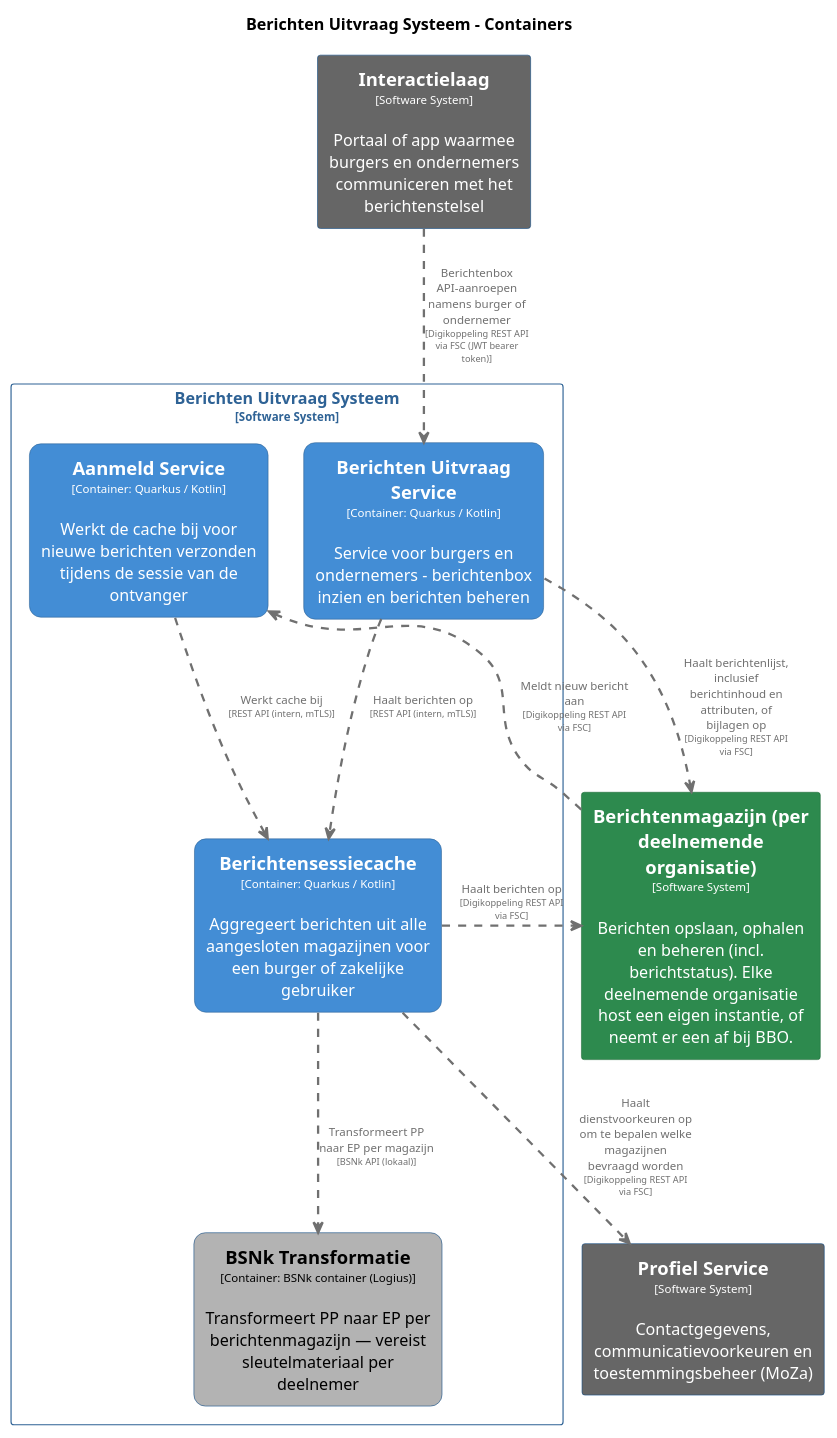
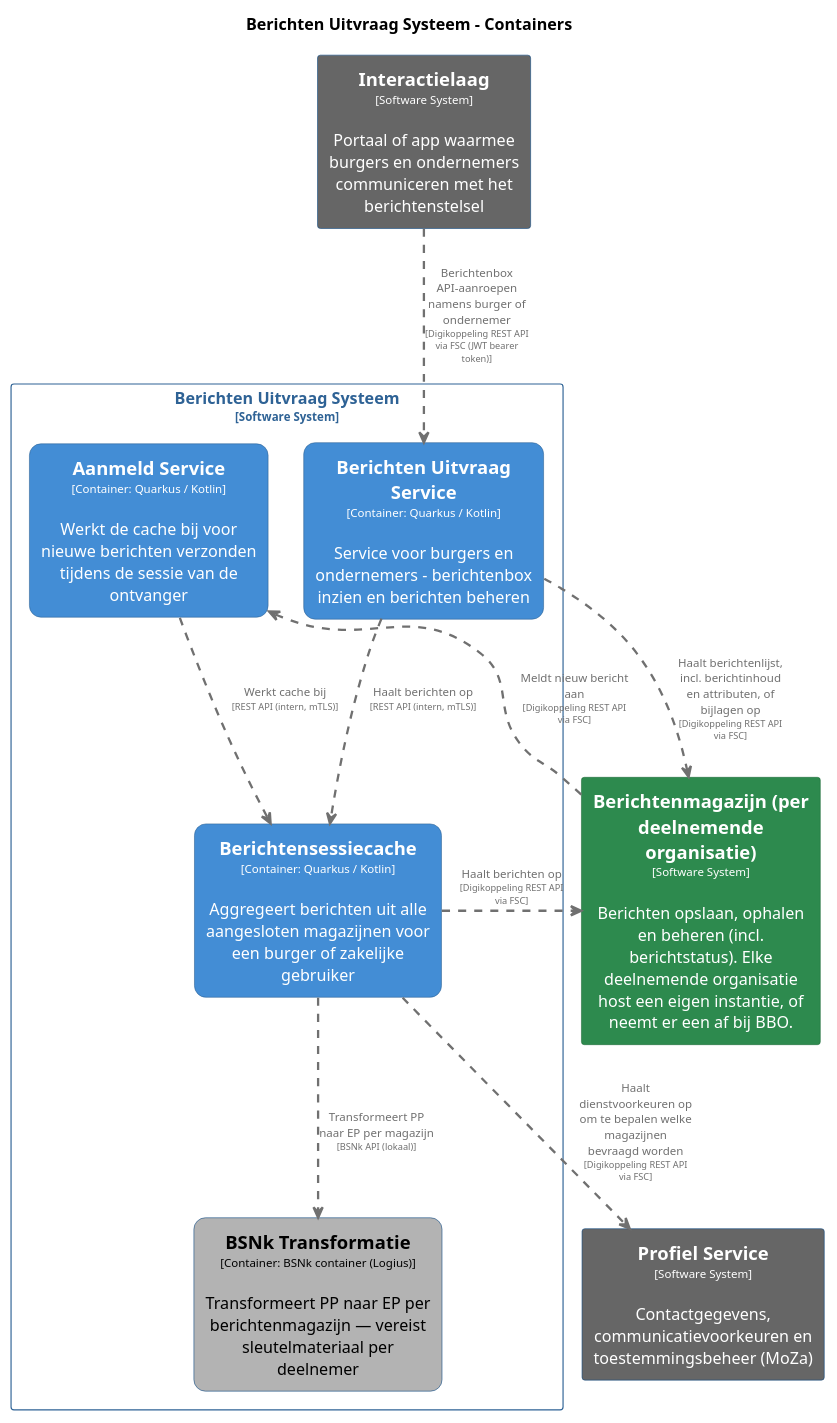
Before and after one commit to MinBZK/moza-poc-fbs-berichtenbox: the diagram in pr-preview/pr-29/master/puml/BerichtenUitvraagSysteemContainers.puml, drawn with PlantUML. The commit also changed 36 other files, not shown here.

```diff
--- a/pr-preview/pr-29/master/puml/BerichtenUitvraagSysteemContainers.puml
+++ b/pr-preview/pr-29/master/puml/BerichtenUitvraagSysteemContainers.puml
@@ -1,89 +1,89 @@
 @startuml
 set separator none
 title Berichten Uitvraag Systeem - Containers
 
 top to bottom direction
 skinparam ranksep 60
 skinparam nodesep 30
 
 skinparam {
   arrowFontSize 10
   defaultTextAlignment center
   wrapWidth 200
   maxMessageSize 100
 }
 
 hide stereotype
 
 skinparam rectangle<<BerichtenUitvraagSysteem.AanmeldService>> {
   BackgroundColor #438dd5
   FontColor #ffffff
   BorderColor #2e6295
   roundCorner 20
   shadowing false
 }
 skinparam rectangle<<BerichtenUitvraagSysteem.BSNkTransformatie>> {
   BackgroundColor #b3b3b3
   FontColor #000000
   BorderColor #0b4884
   roundCorner 20
   shadowing false
 }
 skinparam rectangle<<BerichtenUitvraagSysteem.BerichtenUitvraagService>> {
   BackgroundColor #438dd5
   FontColor #ffffff
   BorderColor #2e6295
   roundCorner 20
   shadowing false
 }
 skinparam rectangle<<Berichtenmagazijnperdeelnemendeorganisatie>> {
   BackgroundColor #2d8a4e
   FontColor #ffffff
   BorderColor #1e6b38
   shadowing false
 }
 skinparam rectangle<<BerichtenUitvraagSysteem.Berichtensessiecache>> {
   BackgroundColor #438dd5
   FontColor #ffffff
   BorderColor #2e6295
   roundCorner 20
   shadowing false
 }
 skinparam rectangle<<Interactielaag>> {
   BackgroundColor #666666
   FontColor #ffffff
   BorderColor #0b4884
   shadowing false
 }
 skinparam rectangle<<ProfielService>> {
   BackgroundColor #666666
   FontColor #ffffff
   BorderColor #0b4884
   shadowing false
 }
 skinparam rectangle<<BerichtenUitvraagSysteem>> {
   BorderColor #2e6295
   FontColor #2e6295
   shadowing false
 }
 
 rectangle "==Profiel Service\n<size:10>[Software System]</size>\n\nContactgegevens, communicatievoorkeuren en toestemmingsbeheer (MoZa)" <<ProfielService>> as ProfielService
 rectangle "==Interactielaag\n<size:10>[Software System]</size>\n\nPortaal of app waarmee burgers en ondernemers communiceren met het berichtenstelsel" <<Interactielaag>> as Interactielaag
 rectangle "==Berichtenmagazijn (per deelnemende organisatie)\n<size:10>[Software System]</size>\n\nBerichten opslaan, ophalen en beheren (incl. berichtstatus). Elke deelnemende organisatie host een eigen instantie, of neemt er een af bij BBO." <<Berichtenmagazijnperdeelnemendeorganisatie>> as Berichtenmagazijnperdeelnemendeorganisatie
 
 rectangle "Berichten Uitvraag Systeem\n<size:10>[Software System]</size>" <<BerichtenUitvraagSysteem>> {
   rectangle "==Berichtensessiecache\n<size:10>[Container: Quarkus / Kotlin]</size>\n\nAggregeert berichten uit alle aangesloten magazijnen voor een burger of zakelijke gebruiker" <<BerichtenUitvraagSysteem.Berichtensessiecache>> as BerichtenUitvraagSysteem.Berichtensessiecache
   rectangle "==Berichten Uitvraag Service\n<size:10>[Container: Quarkus / Kotlin]</size>\n\nService voor burgers en ondernemers - berichtenbox inzien en berichten beheren" <<BerichtenUitvraagSysteem.BerichtenUitvraagService>> as BerichtenUitvraagSysteem.BerichtenUitvraagService
   rectangle "==BSNk Transformatie\n<size:10>[Container: BSNk container (Logius)]</size>\n\nTransformeert PP naar EP per berichtenmagazijn — vereist sleutelmateriaal per deelnemer" <<BerichtenUitvraagSysteem.BSNkTransformatie>> as BerichtenUitvraagSysteem.BSNkTransformatie
   rectangle "==Aanmeld Service\n<size:10>[Container: Quarkus / Kotlin]</size>\n\nWerkt de cache bij voor nieuwe berichten verzonden tijdens de sessie van de ontvanger" <<BerichtenUitvraagSysteem.AanmeldService>> as BerichtenUitvraagSysteem.AanmeldService
 }
 
 Berichtenmagazijnperdeelnemendeorganisatie .[#707070,thickness=2].> BerichtenUitvraagSysteem.AanmeldService : "<color:#707070>Meldt nieuw bericht aan\n<color:#707070><size:8>[Digikoppeling REST API via FSC]</size>"
 BerichtenUitvraagSysteem.Berichtensessiecache .[#707070,thickness=2].> ProfielService : "<color:#707070>Haalt dienstvoorkeuren op om te bepalen welke magazijnen bevraagd worden\n<color:#707070><size:8>[Digikoppeling REST API via FSC]</size>"
 BerichtenUitvraagSysteem.Berichtensessiecache .[#707070,thickness=2].> Berichtenmagazijnperdeelnemendeorganisatie : "<color:#707070>Haalt berichten op\n<color:#707070><size:8>[Digikoppeling REST API via FSC]</size>"
 BerichtenUitvraagSysteem.Berichtensessiecache .[#707070,thickness=2].> BerichtenUitvraagSysteem.BSNkTransformatie : "<color:#707070>Transformeert PP naar EP per magazijn\n<color:#707070><size:8>[BSNk API (lokaal)]</size>"
 BerichtenUitvraagSysteem.AanmeldService .[#707070,thickness=2].> BerichtenUitvraagSysteem.Berichtensessiecache : "<color:#707070>Werkt cache bij\n<color:#707070><size:8>[REST API (intern, mTLS)]</size>"
 BerichtenUitvraagSysteem.BerichtenUitvraagService .[#707070,thickness=2].> BerichtenUitvraagSysteem.Berichtensessiecache : "<color:#707070>Haalt berichten op\n<color:#707070><size:8>[REST API (intern, mTLS)]</size>"
 Interactielaag .[#707070,thickness=2].> BerichtenUitvraagSysteem.BerichtenUitvraagService : "<color:#707070>Berichtenbox API-aanroepen namens burger of ondernemer\n<color:#707070><size:8>[Digikoppeling REST API via FSC (JWT bearer token)]</size>"
-BerichtenUitvraagSysteem.BerichtenUitvraagService .[#707070,thickness=2].> Berichtenmagazijnperdeelnemendeorganisatie : "<color:#707070>Haalt berichtenlijst, inclusief berichtinhoud en attributen, of bijlagen op\n<color:#707070><size:8>[Digikoppeling REST API via FSC]</size>"
+BerichtenUitvraagSysteem.BerichtenUitvraagService .[#707070,thickness=2].> Berichtenmagazijnperdeelnemendeorganisatie : "<color:#707070>Haalt berichtenlijst, incl. berichtinhoud en attributen, of bijlagen op\n<color:#707070><size:8>[Digikoppeling REST API via FSC]</size>"
 @enduml
```
